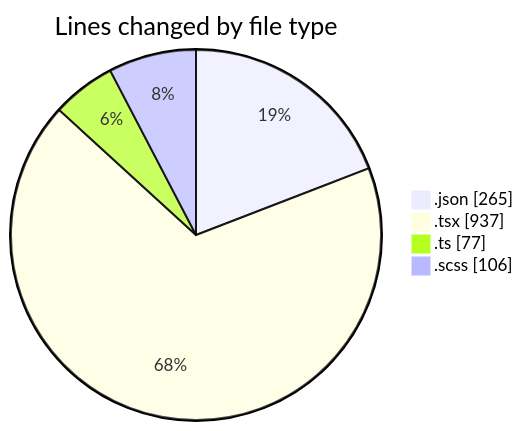
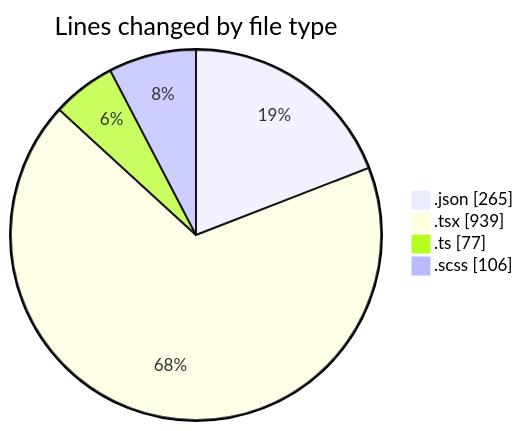
Before and after one commit to momahboobian/code-tracking: the first of 2 diagrams in 2026-04-22/cda/README.md, drawn with Mermaid. The commit also changed other lines of this file and 1 other file, not shown here.

````diff
--- a/2026-04-22/cda/README.md
+++ b/2026-04-22/cda/README.md
@@ -29,8 +29,8 @@
 ```mermaid
 pie showData
 title Lines changed by file type
 ".json" : 265
-".tsx" : 937
+".tsx" : 939
 ".ts" : 77
 ".scss" : 106
 ```
````
